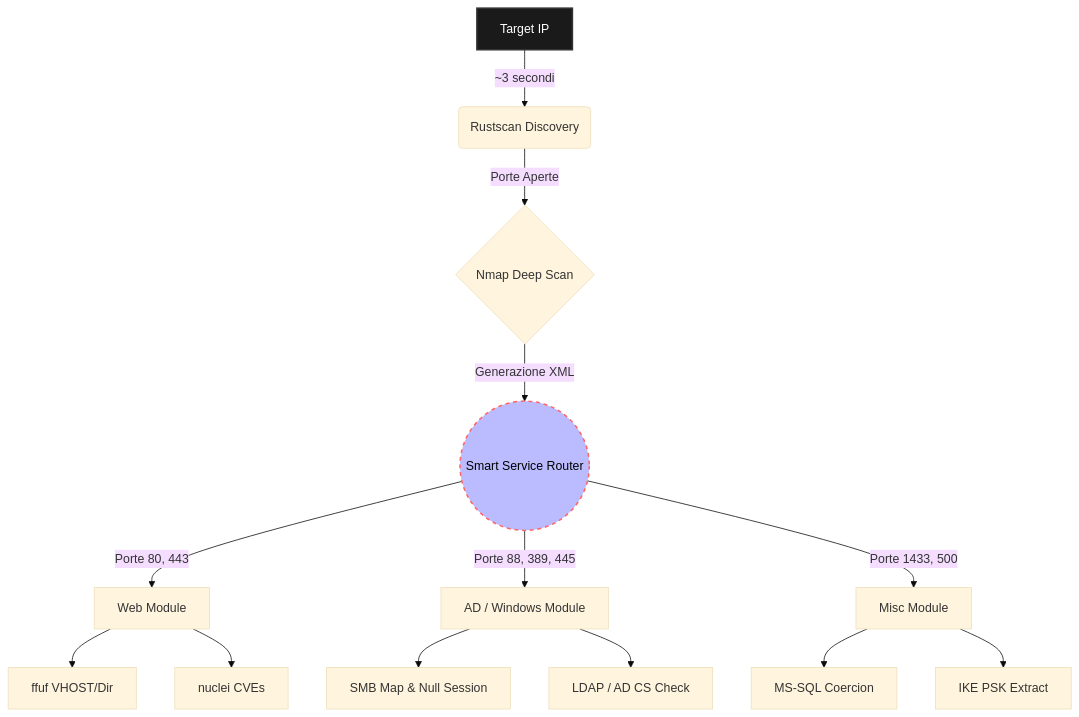
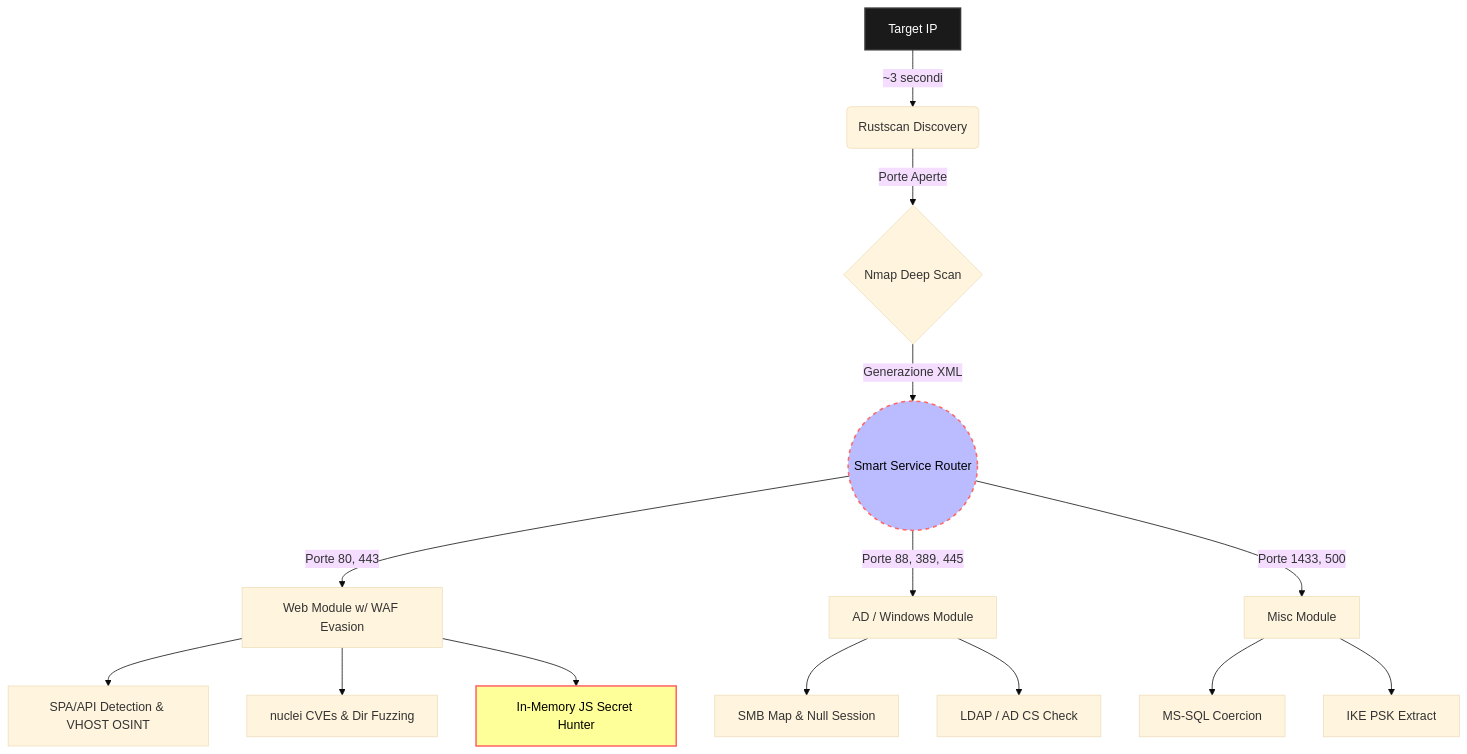
The diagram in docs/lazypwn.it.md (marcop-sed/portfolio), drawn with Mermaid (base theme) before and after one commit. The commit also changed other lines of this file and 3 other files, not shown here.

````diff
--- a/docs/lazypwn.it.md
+++ b/docs/lazypwn.it.md
@@ -23,21 +25,23 @@
 ```mermaid
 graph TD
     A[Target IP] -->|~3 secondi| B(Rustscan Discovery)
     B -->|Porte Aperte| C{Nmap Deep Scan}
     C -->|Generazione XML| D((Smart Service Router))
     
-    D -->|Porte 80, 443| E[Web Module]
-    E --> F[ffuf VHOST/Dir]
-    E --> G[nuclei CVEs]
+    D -->|Porte 80, 443| E[Web Module w/ WAF Evasion]
+    E --> F[SPA/API Detection & VHOST OSINT]
+    E --> G[nuclei CVEs & Dir Fuzzing]
+    E --> Z[In-Memory JS Secret Hunter]
     
     D -->|Porte 88, 389, 445| H[AD / Windows Module]
     H --> I[SMB Map & Null Session]
     H --> J[LDAP / AD CS Check]
     
     D -->|Porte 1433, 500| K[Misc Module]
     K --> L[MS-SQL Coercion]
     K --> M[IKE PSK Extract]
     
     style A fill:#1a1a1a,stroke:#333,stroke-width:2px,color:#fff
     style D fill:#bbf,stroke:#f66,stroke-width:2px,stroke-dasharray: 5, 5,color:#000
+    style Z fill:#ff9,stroke:#f66,stroke-width:2px,color:#000
 ```
````
